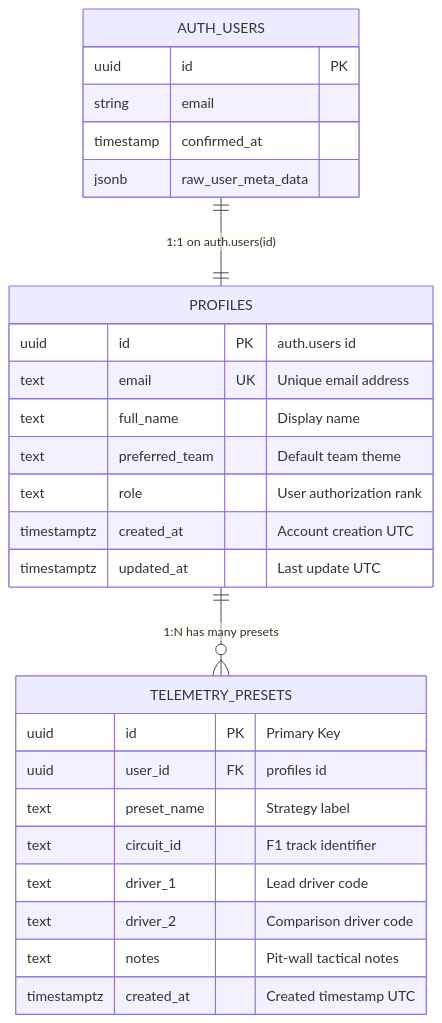
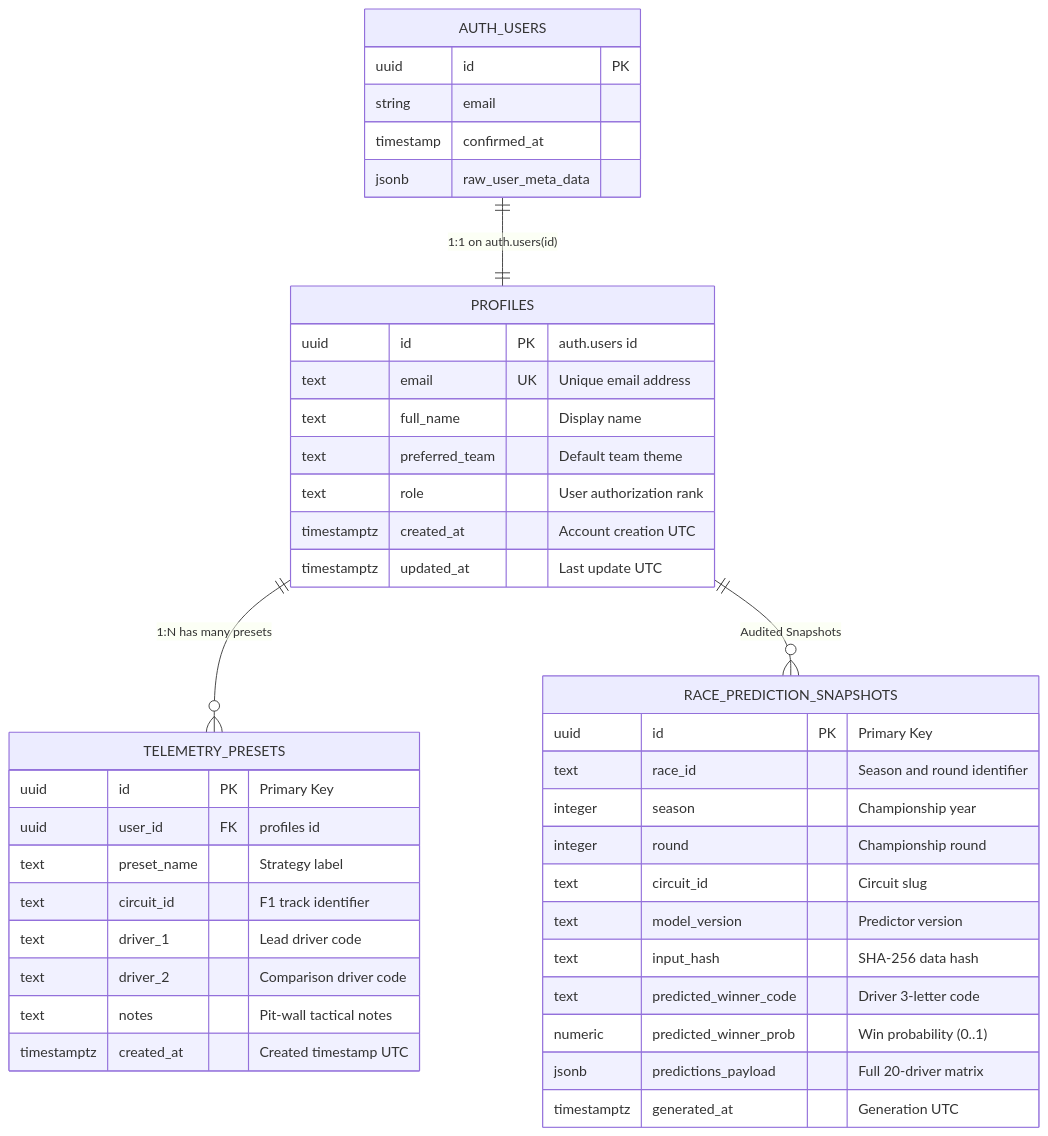
Before and after one commit to Hritik983567-Art/paddock: the diagram in docs/05_DATABASE_DESIGN.md, drawn with Mermaid. The commit also changed other lines of this file and 108 other files, not shown here.

Commit message:
feat: implement F1 Race Predictor suite and fix hot lap simulator telemetry braking physics across viewports

````diff
--- a/docs/05_DATABASE_DESIGN.md
+++ b/docs/05_DATABASE_DESIGN.md
@@ -26,33 +26,48 @@
 ```mermaid
 erDiagram
     AUTH_USERS ||--|| PROFILES : "1:1 on auth.users(id)"
     PROFILES ||--o{ TELEMETRY_PRESETS : "1:N has many presets"
+    PROFILES ||--o{ RACE_PREDICTION_SNAPSHOTS : "Audited Snapshots"
 
     AUTH_USERS {
         uuid id PK
         string email
         timestamp confirmed_at
         jsonb raw_user_meta_data
     }
 
     PROFILES {
         uuid id PK "auth.users id"
         text email UK "Unique email address"
         text full_name "Display name"
         text preferred_team "Default team theme"
         text role "User authorization rank"
         timestamptz created_at "Account creation UTC"
         timestamptz updated_at "Last update UTC"
     }
 
     TELEMETRY_PRESETS {
         uuid id PK "Primary Key"
         uuid user_id FK "profiles id"
         text preset_name "Strategy label"
         text circuit_id "F1 track identifier"
         text driver_1 "Lead driver code"
         text driver_2 "Comparison driver code"
         text notes "Pit-wall tactical notes"
         timestamptz created_at "Created timestamp UTC"
     }
+
+    RACE_PREDICTION_SNAPSHOTS {
+        uuid id PK "Primary Key"
+        text race_id "Season and round identifier"
+        integer season "Championship year"
+        integer round "Championship round"
+        text circuit_id "Circuit slug"
+        text model_version "Predictor version"
+        text input_hash "SHA-256 data hash"
+        text predicted_winner_code "Driver 3-letter code"
+        numeric predicted_winner_prob "Win probability (0..1)"
+        jsonb predictions_payload "Full 20-driver matrix"
+        timestamptz generated_at "Generation UTC"
+    }
 ```
````
